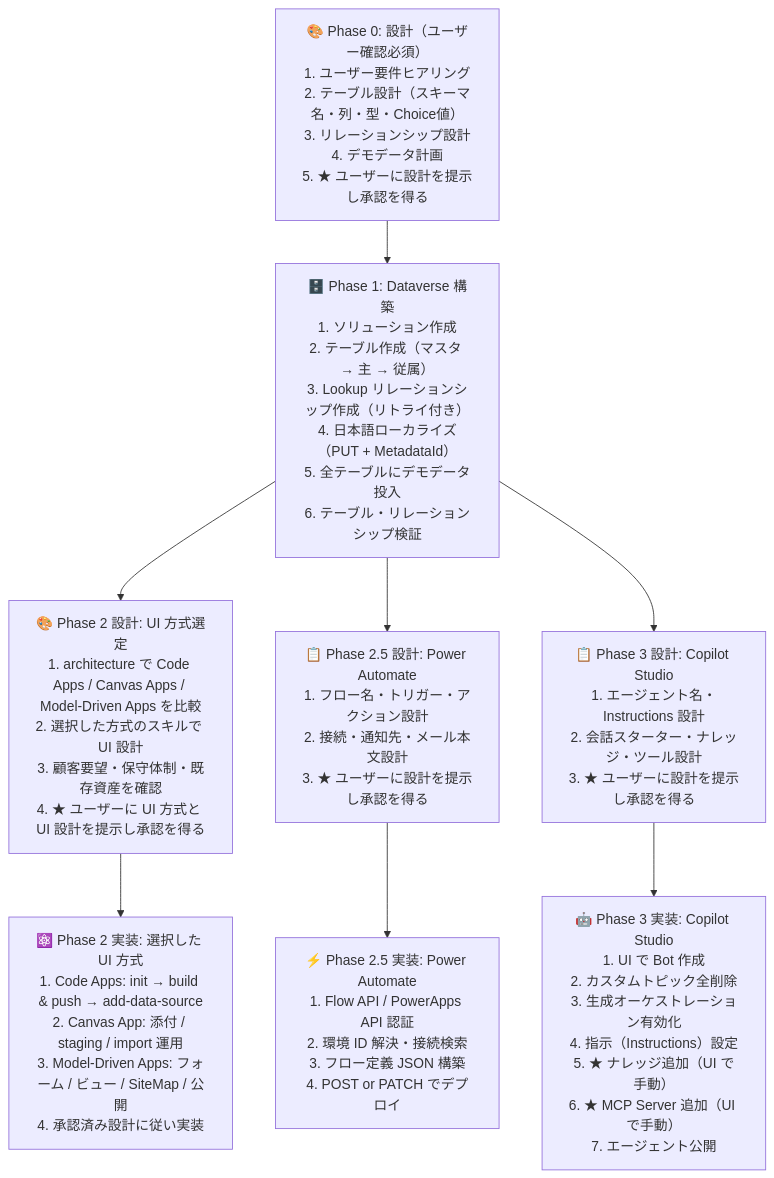
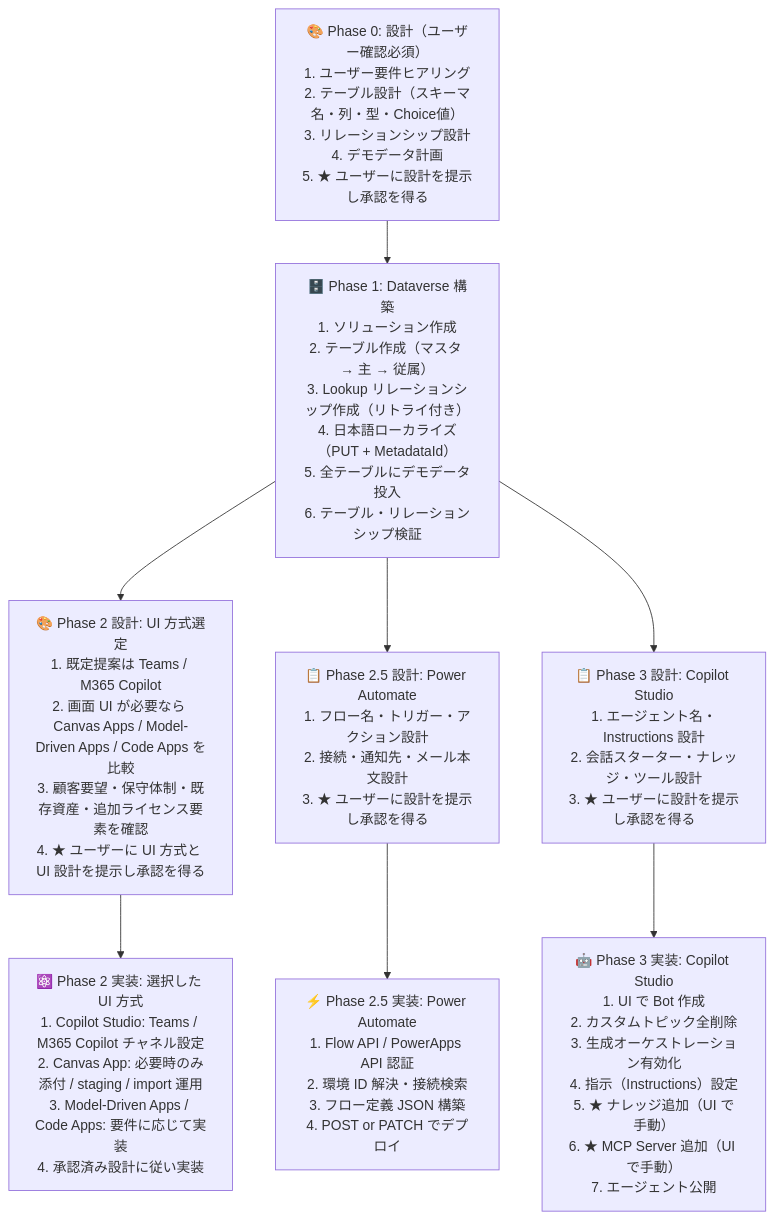
Before and after one commit to avenir-japan/Master_CodeAppsDevelopmentStandard: the diagram in .github/skills/standard/references/power-platform-development-standard.md, drawn with Mermaid. The commit also changed other lines of this file and 5 other files, not shown here.

````diff
--- a/.github/skills/standard/references/power-platform-development-standard.md
+++ b/.github/skills/standard/references/power-platform-development-standard.md
@@ -1512,23 +1526,23 @@
 ```mermaid
 flowchart TD
     P0["🎨 Phase 0: 設計（ユーザー確認必須）\n1. ユーザー要件ヒアリング\n2. テーブル設計（スキーマ名・列・型・Choice値）\n3. リレーションシップ設計\n4. デモデータ計画\n5. ★ ユーザーに設計を提示し承認を得る"]
 
     P1["🗄️ Phase 1: Dataverse 構築\n1. ソリューション作成\n2. テーブル作成（マスタ → 主 → 従属）\n3. Lookup リレーションシップ作成（リトライ付き）\n4. 日本語ローカライズ（PUT + MetadataId）\n5. 全テーブルにデモデータ投入\n6. テーブル・リレーションシップ検証"]
 
-    P2D["🎨 Phase 2 設計: UI 方式選定\n1. architecture で Code Apps / Canvas Apps / Model-Driven Apps を比較\n2. 選択した方式のスキルで UI 設計\n3. 顧客要望・保守体制・既存資産を確認\n4. ★ ユーザーに UI 方式と UI 設計を提示し承認を得る"]
+    P2D["🎨 Phase 2 設計: UI 方式選定\n1. 既定提案は Teams / M365 Copilot\n2. 画面 UI が必要なら Canvas Apps / Model-Driven Apps / Code Apps を比較\n3. 顧客要望・保守体制・既存資産・追加ライセンス要素を確認\n4. ★ ユーザーに UI 方式と UI 設計を提示し承認を得る"]
 
-    P2["⚛️ Phase 2 実装: 選択した UI 方式\n1. Code Apps: init → build & push → add-data-source\n2. Canvas App: 添付 / staging / import 運用\n3. Model-Driven Apps: フォーム / ビュー / SiteMap / 公開\n4. 承認済み設計に従い実装"]
+    P2["⚛️ Phase 2 実装: 選択した UI 方式\n1. Copilot Studio: Teams / M365 Copilot チャネル設定\n2. Canvas App: 必要時のみ添付 / staging / import 運用\n3. Model-Driven Apps / Code Apps: 要件に応じて実装\n4. 承認済み設計に従い実装"]
 
     P25D["📋 Phase 2.5 設計: Power Automate\n1. フロー名・トリガー・アクション設計\n2. 接続・通知先・メール本文設計\n3. ★ ユーザーに設計を提示し承認を得る"]
 
     P25["⚡ Phase 2.5 実装: Power Automate\n1. Flow API / PowerApps API 認証\n2. 環境 ID 解決・接続検索\n3. フロー定義 JSON 構築\n4. POST or PATCH でデプロイ"]
 
     P3D["📋 Phase 3 設計: Copilot Studio\n1. エージェント名・Instructions 設計\n2. 会話スターター・ナレッジ・ツール設計\n3. ★ ユーザーに設計を提示し承認を得る"]
 
     P3["🤖 Phase 3 実装: Copilot Studio\n1. UI で Bot 作成\n2. カスタムトピック全削除\n3. 生成オーケストレーション有効化\n4. 指示（Instructions）設定\n5. ★ ナレッジ追加（UI で手動）\n6. ★ MCP Server 追加（UI で手動）\n7. エージェント公開"]
 
     P0 --> P1
     P1 --> P2D --> P2
     P1 --> P25D --> P25
     P1 --> P3D --> P3
 ```
````
